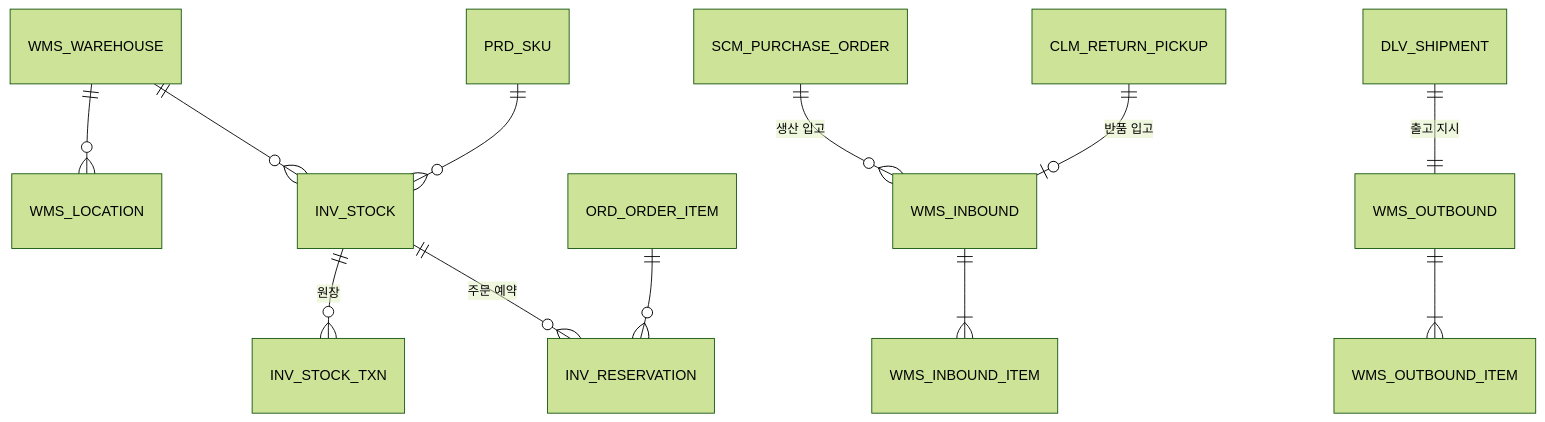
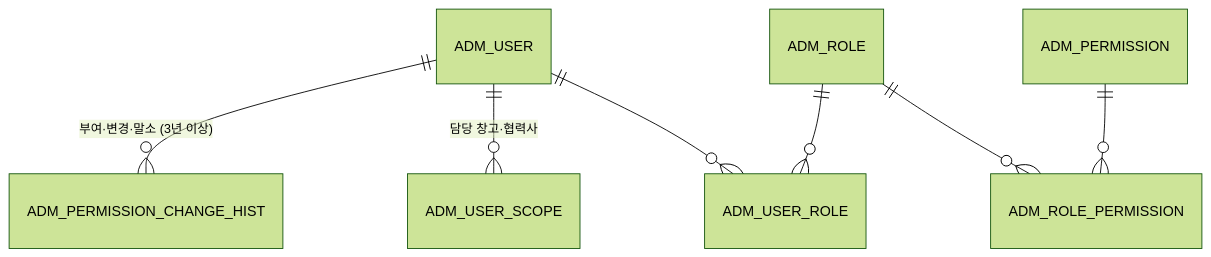
One commit to hotshin24/OnlineStorePortfolio2 changed the fourth of 4 diagrams in docs/db/01_erd_overview.md. Above: the diagram before and after it, drawn with Mermaid (forest theme). The commit also changed other lines of this file and 25 other files, not shown here.

````diff
--- a/docs/db/01_erd_overview.md
+++ b/docs/db/01_erd_overview.md
@@ -128,14 +100,9 @@
 ```mermaid
 erDiagram
-    WMS_WAREHOUSE ||--o{ WMS_LOCATION : ""
-    WMS_WAREHOUSE ||--o{ INV_STOCK : ""
-    PRD_SKU ||--o{ INV_STOCK : ""
-    INV_STOCK ||--o{ INV_STOCK_TXN : "원장"
-    INV_STOCK ||--o{ INV_RESERVATION : "주문 예약"
-    ORD_ORDER_ITEM ||--o{ INV_RESERVATION : ""
-    SCM_PURCHASE_ORDER ||--o{ WMS_INBOUND : "생산 입고"
-    WMS_INBOUND ||--|{ WMS_INBOUND_ITEM : ""
-    WMS_OUTBOUND ||--|{ WMS_OUTBOUND_ITEM : ""
-    DLV_SHIPMENT ||--|| WMS_OUTBOUND : "출고 지시"
-    CLM_RETURN_PICKUP ||--o| WMS_INBOUND : "반품 입고"
+    ADM_USER ||--o{ ADM_USER_ROLE : ""
+    ADM_ROLE ||--o{ ADM_USER_ROLE : ""
+    ADM_ROLE ||--o{ ADM_ROLE_PERMISSION : ""
+    ADM_PERMISSION ||--o{ ADM_ROLE_PERMISSION : ""
+    ADM_USER ||--o{ ADM_USER_SCOPE : "담당 창고·협력사"
+    ADM_USER ||--o{ ADM_PERMISSION_CHANGE_HIST : "부여·변경·말소 (3년 이상)"
 ```
````
